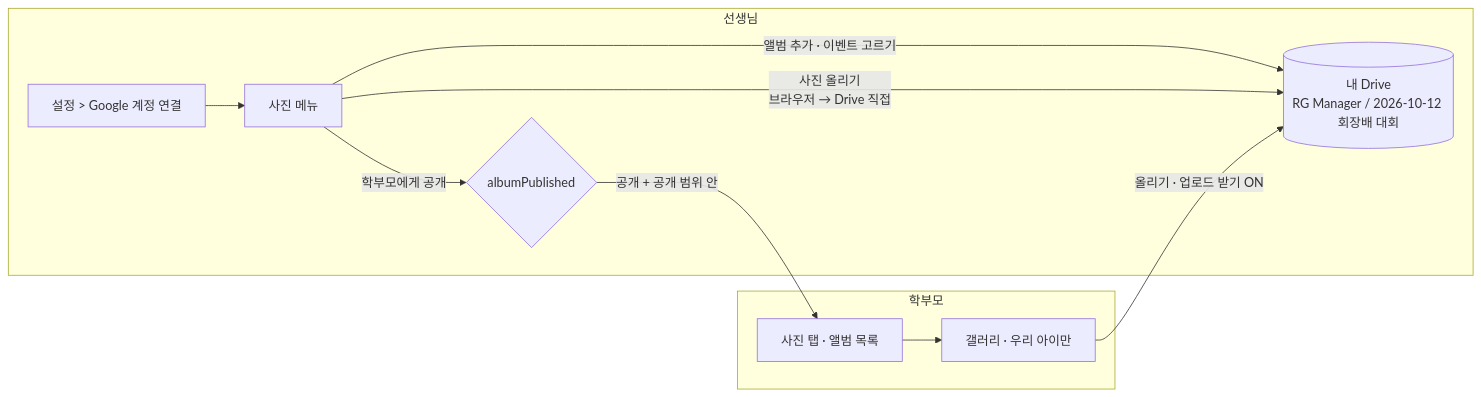
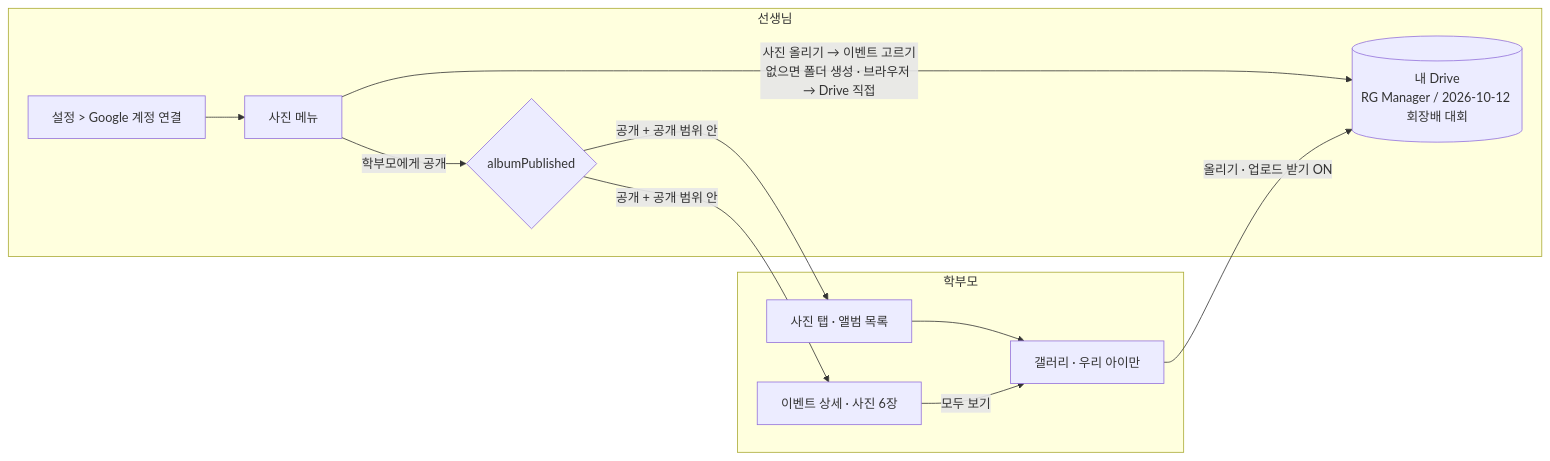
The diagram in docs/photo-menu/README.md (jaerimee-rg/rg-manager), drawn with Mermaid before and after one commit. The commit also changed other lines of this file and 7 other files, not shown here.

````diff
--- a/docs/photo-menu/README.md
+++ b/docs/photo-menu/README.md
@@ -54,14 +56,15 @@
 ```mermaid
 flowchart LR
   subgraph 선생님
     S[설정 > Google 계정 연결] --> P[사진 메뉴]
-    P -->|앨범 추가 · 이벤트 고르기| F[(내 Drive<br/>RG Manager / 2026-10-12 회장배 대회)]
-    P -->|사진 올리기<br/>브라우저 → Drive 직접| F
+    P -->|사진 올리기 → 이벤트 고르기<br/>없으면 폴더 생성 · 브라우저 → Drive 직접| F[(내 Drive<br/>RG Manager / 2026-10-12 회장배 대회)]
     P -->|학부모에게 공개| V{albumPublished}
   end
   subgraph 학부모
     V -->|공개 + 공개 범위 안| L[사진 탭 · 앨범 목록]
+    V -->|공개 + 공개 범위 안| E[이벤트 상세 · 사진 6장]
     L --> G[갤러리 · 우리 아이만]
+    E -->|모두 보기| G
     G -->|올리기 · 업로드 받기 ON| F
   end
 ```
````
